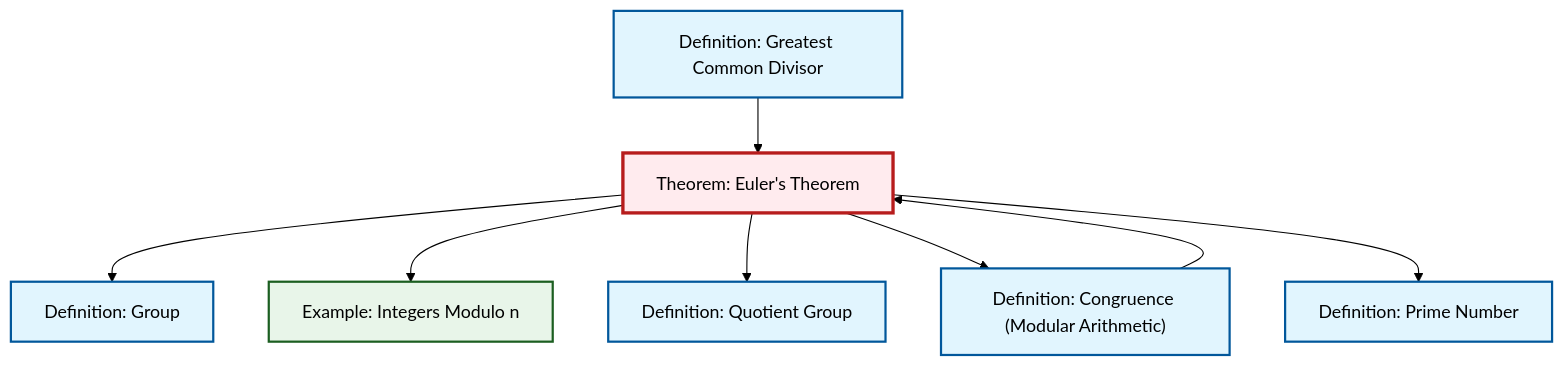
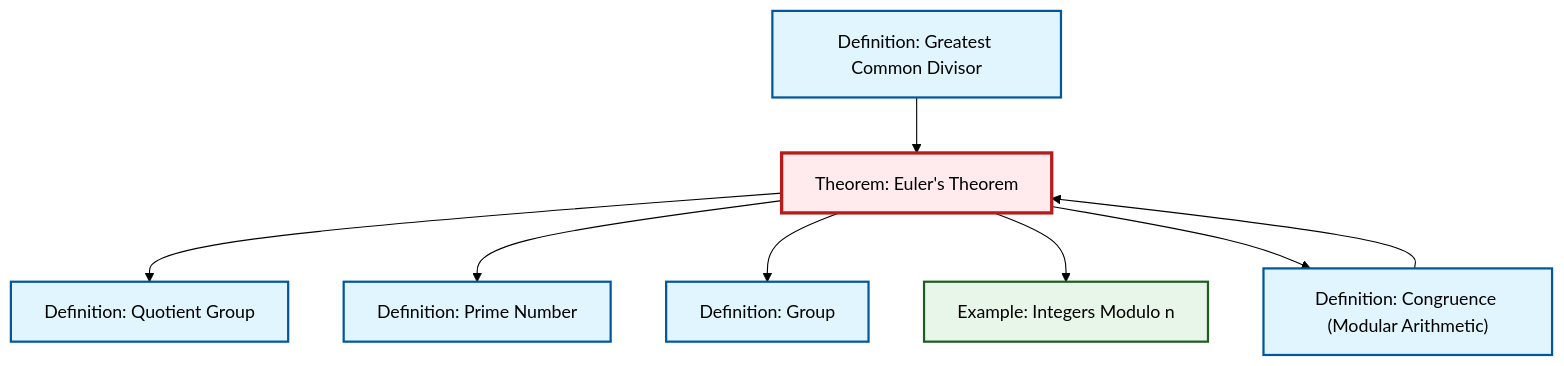
The diagram in content/en/number-theory/thm-euler.qmd (RK0429/ModernMath), drawn with Mermaid (forest theme) before and after one commit. The commit also changed other lines of this file and 491 other files, not shown here.

````diff
--- a/content/en/number-theory/thm-euler.qmd
+++ b/content/en/number-theory/thm-euler.qmd
@@ -52,30 +52,30 @@
 ```{mermaid}
 %%| fig-cap: "Local dependency graph"
 graph TD
     classDef definition fill:#e1f5fe,stroke:#01579b,stroke-width:2px
     classDef theorem fill:#f3e5f5,stroke:#4a148c,stroke-width:2px
     classDef axiom fill:#fff3e0,stroke:#e65100,stroke-width:2px
     classDef example fill:#e8f5e9,stroke:#1b5e20,stroke-width:2px
     classDef current fill:#ffebee,stroke:#b71c1c,stroke-width:3px
+    ex-quotient-integers-mod-n["Example: Integers Modulo n"]:::example
+    thm-euler["Theorem: Euler's Theorem"]:::theorem
+    def-gcd["Definition: Greatest Common Divisor"]:::definition
     def-group["Definition: Group"]:::definition
-    thm-euler["Theorem: Euler's Theorem"]:::theorem
+    def-prime["Definition: Prime Number"]:::definition
     def-congruence["Definition: Congruence (Modular Arithmetic)"]:::definition
-    def-gcd["Definition: Greatest Common Divisor"]:::definition
-    ex-quotient-integers-mod-n["Example: Integers Modulo n"]:::example
-    def-prime["Definition: Prime Number"]:::definition
     def-quotient-group["Definition: Quotient Group"]:::definition
+    thm-euler --> def-quotient-group
+    thm-euler --> def-prime
     thm-euler --> def-group
     thm-euler --> ex-quotient-integers-mod-n
-    thm-euler --> def-quotient-group
     def-congruence --> thm-euler
+    thm-euler --> def-congruence
     def-gcd --> thm-euler
-    thm-euler --> def-congruence
-    thm-euler --> def-prime
     class thm-euler current
+    click ex-quotient-integers-mod-n "ex-quotient-integers-mod-n.html" "Go to Integers Modulo n example"
+    click def-gcd "def-gcd.html" "Go to Greatest Common Divisor definition"
     click def-group "def-group.html" "Go to Group definition"
+    click def-prime "def-prime.html" "Go to Prime Number definition"
     click def-congruence "def-congruence.html" "Go to Congruence (Modular Arithmetic) definition"
-    click def-gcd "def-gcd.html" "Go to Greatest Common Divisor definition"
-    click ex-quotient-integers-mod-n "ex-quotient-integers-mod-n.html" "Go to Integers Modulo n example"
-    click def-prime "def-prime.html" "Go to Prime Number definition"
     click def-quotient-group "def-quotient-group.html" "Go to Quotient Group definition"
 ```
````
